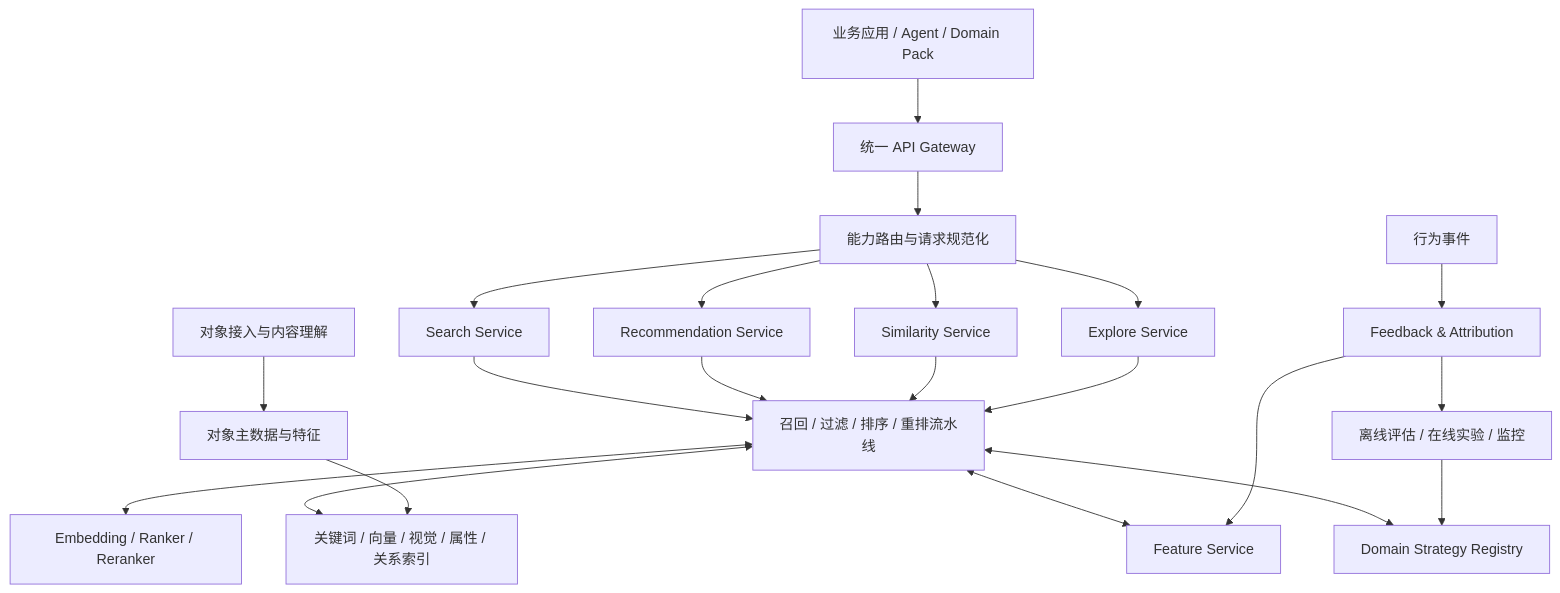
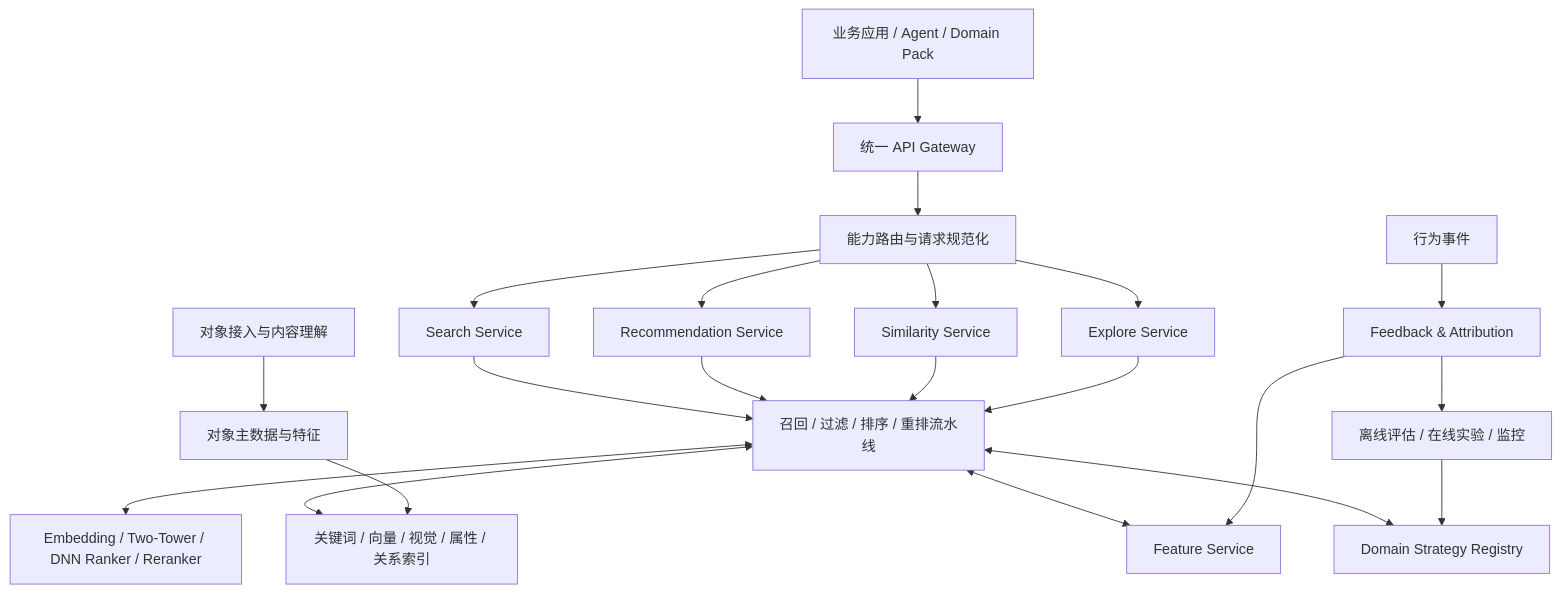
One commit to human-cosmos/search-rec-docs changed the first of 3 diagrams in 01_URRE_架构设计.md. Above: the diagram before and after it, drawn with Mermaid. The commit also changed other lines of this file and 10 other files, not shown here.

Commit message:
docs: update architecture and implementation documentation

````diff
--- a/01_URRE_架构设计.md
+++ b/01_URRE_架构设计.md
@@ -39,23 +39,23 @@
 ```mermaid
 flowchart TB
   CLIENT[业务应用 / Agent / Domain Pack] --> API[统一 API Gateway]
   API --> ROUTER[能力路由与请求规范化]
   ROUTER --> SEARCH[Search Service]
   ROUTER --> REC[Recommendation Service]
   ROUTER --> SIM[Similarity Service]
   ROUTER --> EXP[Explore Service]
   SEARCH --> PIPE[召回 / 过滤 / 排序 / 重排流水线]
   REC --> PIPE
   SIM --> PIPE
   EXP --> PIPE
   PIPE <--> DOMAIN[Domain Strategy Registry]
   PIPE <--> FEATURE[Feature Service]
-  PIPE <--> MODEL[Embedding / Ranker / Reranker]
+  PIPE <--> MODEL[Embedding / Two-Tower / DNN Ranker / Reranker]
   PIPE <--> INDEX[关键词 / 向量 / 视觉 / 属性 / 关系索引]
   INGEST[对象接入与内容理解] --> DATA[对象主数据与特征]
   DATA --> INDEX
   EVENT[行为事件] --> FEEDBACK[Feedback & Attribution]
   FEEDBACK --> FEATURE
   FEEDBACK --> EVAL[离线评估 / 在线实验 / 监控]
   EVAL --> DOMAIN
 ```
````
